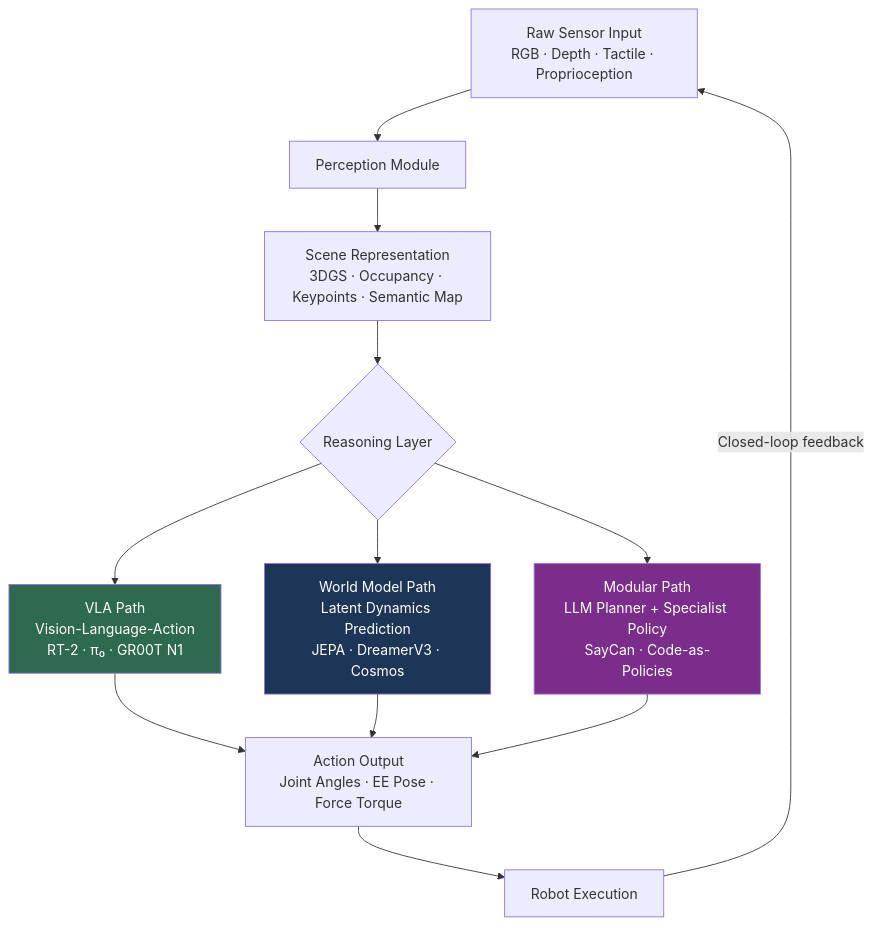
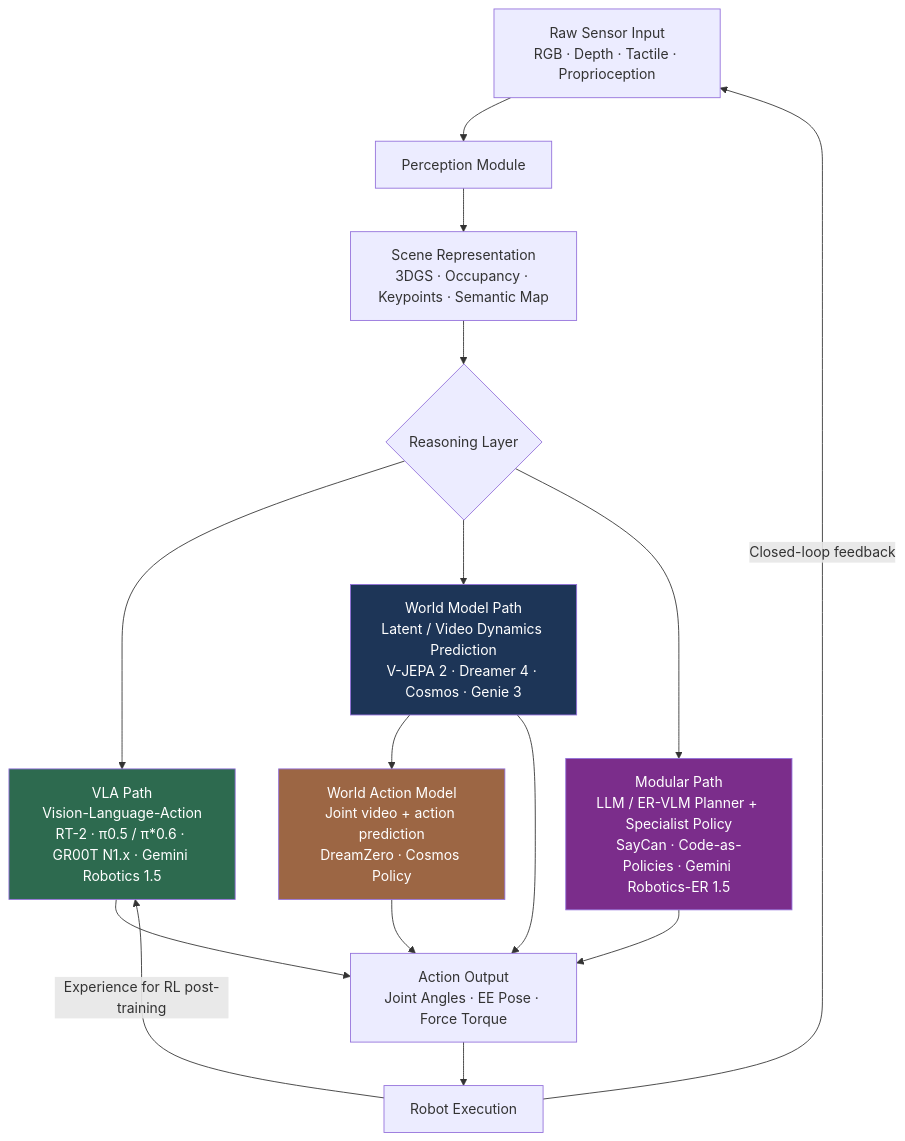
Before and after one commit to FrankHuang94/CV_learning_db_claude: the diagram in cv-knowledge-base/06_robotics_and_embodied_ai/00_overview_roadmap.md, drawn with Mermaid. The commit also changed other lines of this file and 103 other files, not shown here.

````diff
--- a/cv-knowledge-base/06_robotics_and_embodied_ai/00_overview_roadmap.md
+++ b/cv-knowledge-base/06_robotics_and_embodied_ai/00_overview_roadmap.md
@@ -27,17 +35,21 @@
 ```mermaid
 graph TD
     A[Raw Sensor Input\nRGB · Depth · Tactile · Proprioception] --> B[Perception Module]
     B --> C[Scene Representation\n3DGS · Occupancy · Keypoints · Semantic Map]
     C --> D{Reasoning Layer}
-    D --> E[VLA Path\nVision-Language-Action\nRT-2 · π₀ · GR00T N1]
-    D --> F[World Model Path\nLatent Dynamics Prediction\nJEPA · DreamerV3 · Cosmos]
-    D --> G[Modular Path\nLLM Planner + Specialist Policy\nSayCan · Code-as-Policies]
+    D --> E[VLA Path\nVision-Language-Action\nRT-2 · π0.5 / π*0.6 · GR00T N1.x · Gemini Robotics 1.5]
+    D --> F[World Model Path\nLatent / Video Dynamics Prediction\nV-JEPA 2 · Dreamer 4 · Cosmos · Genie 3]
+    D --> G[Modular Path\nLLM / ER-VLM Planner + Specialist Policy\nSayCan · Code-as-Policies · Gemini Robotics-ER 1.5]
+    F --> W[World Action Model\nJoint video + action prediction\nDreamZero · Cosmos Policy]
     E --> H[Action Output\nJoint Angles · EE Pose · Force Torque]
+    W --> H
     F --> H
     G --> H
     H --> I[Robot Execution]
     I -->|Closed-loop feedback| A
+    I -->|Experience for RL post-training| E
     style E fill:#2d6a4f,color:#fff
     style F fill:#1d3557,color:#fff
     style G fill:#7b2d8b,color:#fff
+    style W fill:#9c6644,color:#fff
 ```
````
